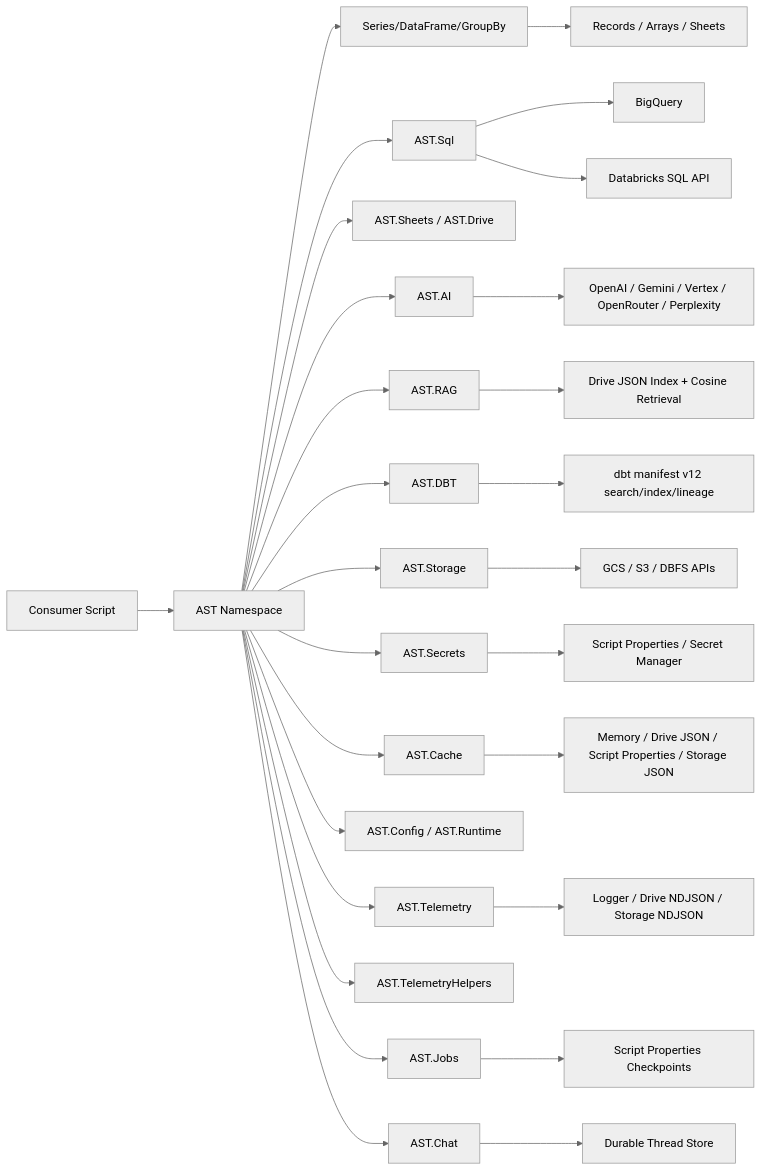
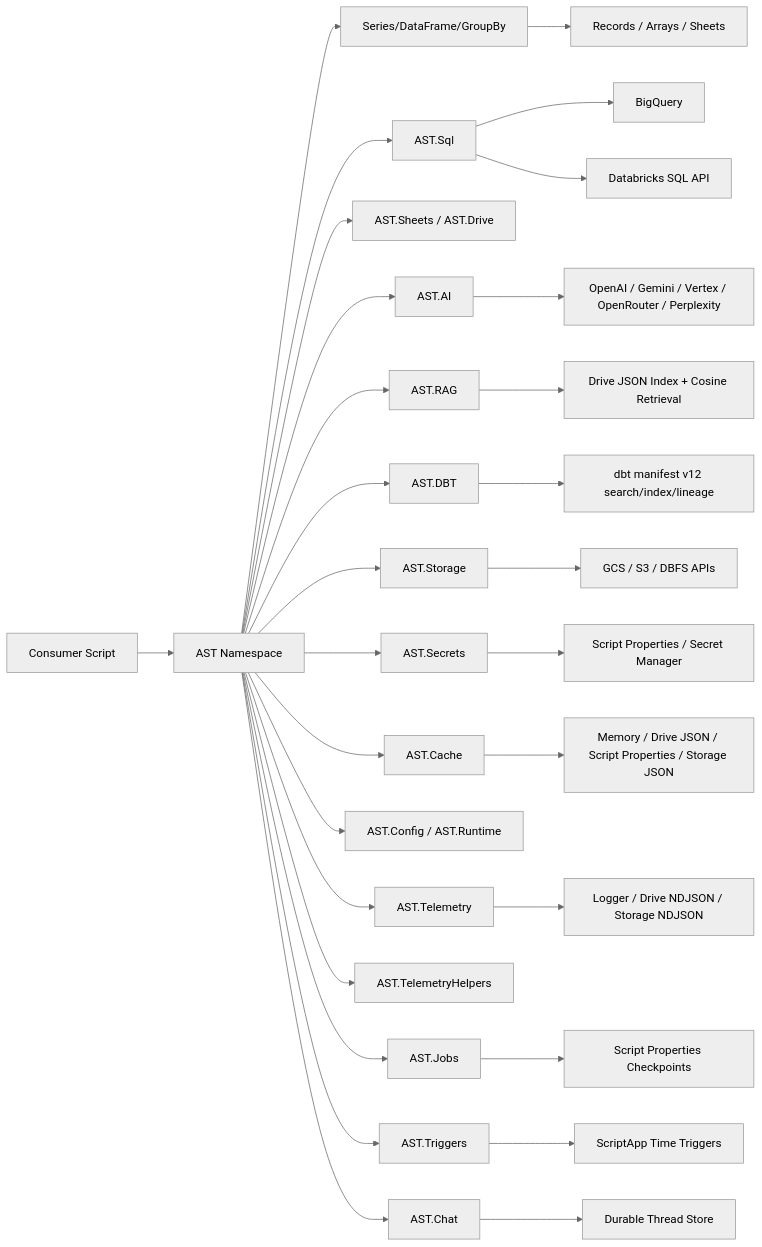
One commit to joe-broadhead/apps-script-tools changed the diagram in docs/index.md. Above: the diagram before and after it, drawn with Mermaid (neutral theme). The commit also changed other lines of this file and 22 other files, not shown here.

Commit message:
feat(triggers): add AST.Triggers runtime with docs and tests

````diff
--- a/docs/index.md
+++ b/docs/index.md
@@ -37,30 +38,32 @@
 ```mermaid
 flowchart LR
     A[Consumer Script] --> B[AST Namespace]
     B --> C[Series/DataFrame/GroupBy]
     B --> D[AST.Sql]
     B --> E[AST.Sheets / AST.Drive]
     B --> I[AST.AI]
     B --> K[AST.RAG]
     B --> Y[AST.DBT]
     B --> M[AST.Storage]
     B --> AA[AST.Secrets]
     B --> Q[AST.Cache]
     B --> S[AST.Config / AST.Runtime]
     B --> O[AST.Telemetry]
     B --> V[AST.TelemetryHelpers]
     B --> T[AST.Jobs]
+    B --> AC[AST.Triggers]
     B --> W[AST.Chat]
     D --> F[BigQuery]
     D --> G[Databricks SQL API]
     I --> J[OpenAI / Gemini / Vertex / OpenRouter / Perplexity]
     K --> L[Drive JSON Index + Cosine Retrieval]
     Y --> Z[dbt manifest v12 search/index/lineage]
     M --> N[GCS / S3 / DBFS APIs]
     AA --> AB["Script Properties / Secret Manager"]
     Q --> R["Memory / Drive JSON / Script Properties / Storage JSON"]
     O --> P[Logger / Drive NDJSON / Storage NDJSON]
     T --> U["Script Properties Checkpoints"]
+    AC --> AD["ScriptApp Time Triggers"]
     W --> X["Durable Thread Store"]
     C --> H[Records / Arrays / Sheets]
 ```
````
